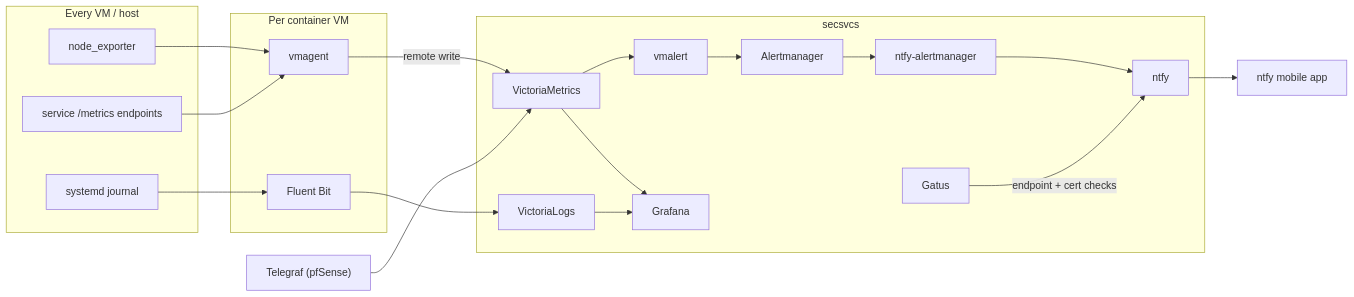
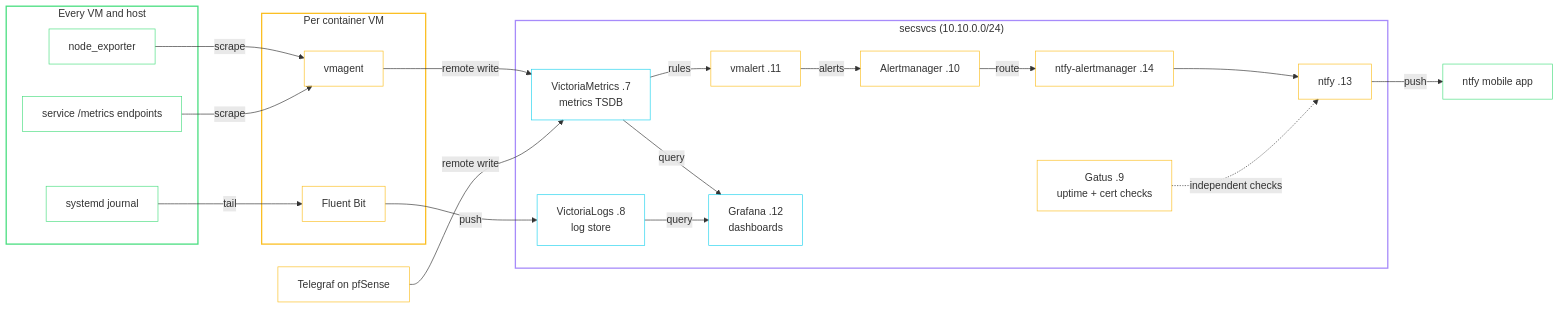
The diagram in docs/services.md (babraham123/homelab), drawn with Mermaid before and after one commit. The commit also changed other lines of this file and 11 other files, not shown here.

Commit message:
improve diagrams, wording in docs/

````diff
--- a/docs/services.md
+++ b/docs/services.md
@@ -91,35 +91,53 @@
 ```mermaid
 flowchart LR
-    subgraph nodes["Every VM / host"]
+    subgraph sources["Every VM and host"]
         ne["node_exporter"]
         sm["service /metrics endpoints"]
         jd["systemd journal"]
     end
-    tg["Telegraf (pfSense)"]
+
+    tg["Telegraf on pfSense"]
+
     subgraph agents["Per container VM"]
         vmagent["vmagent"]
         fb["Fluent Bit"]
     end
-    subgraph sec["secsvcs"]
-        vm["VictoriaMetrics"]
-        vl["VictoriaLogs"]
-        va["vmalert"]
-        am["Alertmanager"]
-        nam["ntfy-alertmanager"]
-        ntfy["ntfy"]
-        graf["Grafana"]
-        gatus["Gatus"]
+
+    subgraph sec["secsvcs (10.10.0.0/24)"]
+        vm["VictoriaMetrics .7<br/>metrics TSDB"]
+        vl["VictoriaLogs .8<br/>log store"]
+        va["vmalert .11"]
+        am["Alertmanager .10"]
+        nam["ntfy-alertmanager .14"]
+        ntfy["ntfy .13"]
+        graf["Grafana .12<br/>dashboards"]
+        gatus["Gatus .9<br/>uptime + cert checks"]
     end
+
     phone["ntfy mobile app"]
 
-    ne --> vmagent
-    sm --> vmagent
-    jd --> fb
-    vmagent -- remote write --> vm
-    tg --> vm
-    fb --> vl
-    vm --> va --> am --> nam --> ntfy --> phone
-    vm --> graf
-    vl --> graf
-    gatus -- endpoint + cert checks --> ntfy
+    ne -- "scrape" --> vmagent
+    sm -- "scrape" --> vmagent
+    jd -- "tail" --> fb
+    vmagent -- "remote write" --> vm
+    tg -- "remote write" --> vm
+    fb -- "push" --> vl
+    vm -- "rules" --> va
+    va -- "alerts" --> am
+    am -- "route" --> nam
+    nam --> ntfy
+    ntfy -- "push" --> phone
+    vm -- "query" --> graf
+    vl -- "query" --> graf
+    gatus -. "independent checks" .-> ntfy
+
+    style sources stroke:#4ade80,stroke-width:2px,fill:transparent
+    style agents stroke:#fbbf24,stroke-width:2px,fill:transparent
+    style sec stroke:#a78bfa,stroke-width:2px,fill:transparent
+    classDef src stroke:#4ade80,fill:transparent
+    classDef agent stroke:#fbbf24,fill:transparent
+    classDef data stroke:#22d3ee,fill:transparent
+    class ne,sm,jd,phone src
+    class tg,vmagent,fb,va,am,nam,ntfy,gatus agent
+    class vm,vl,graf data
 ```
````
